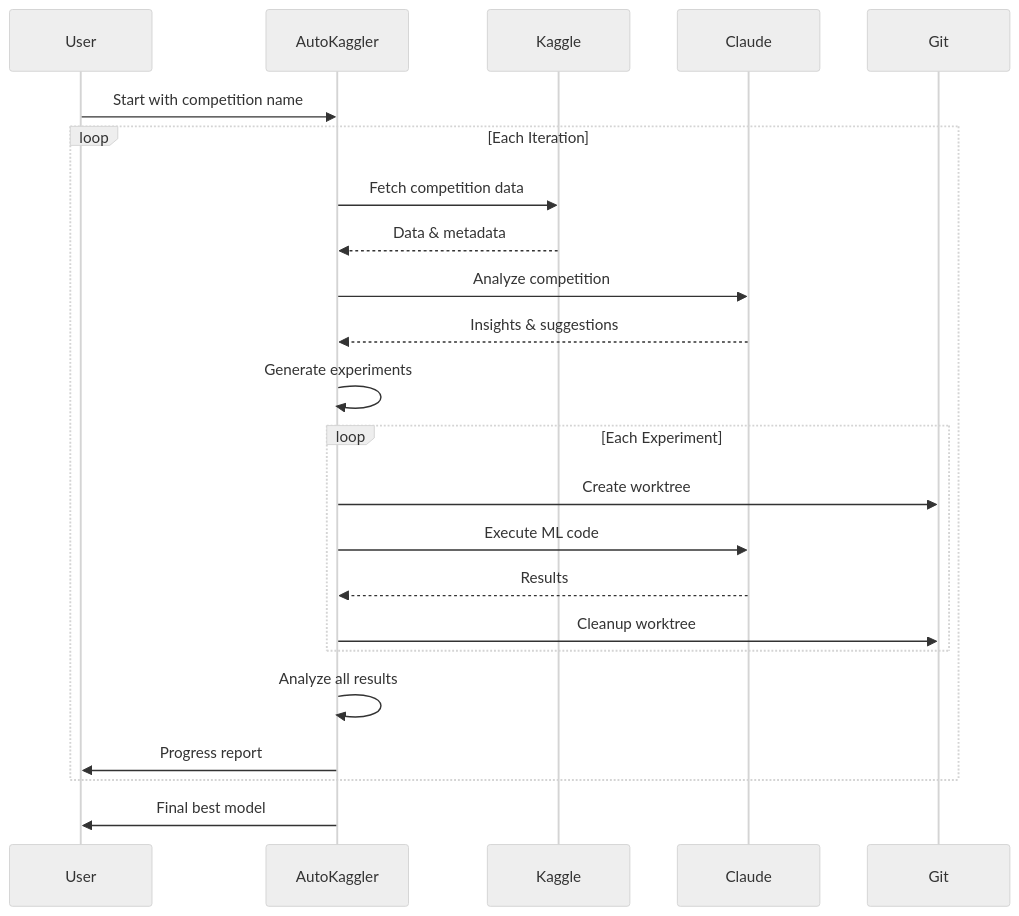
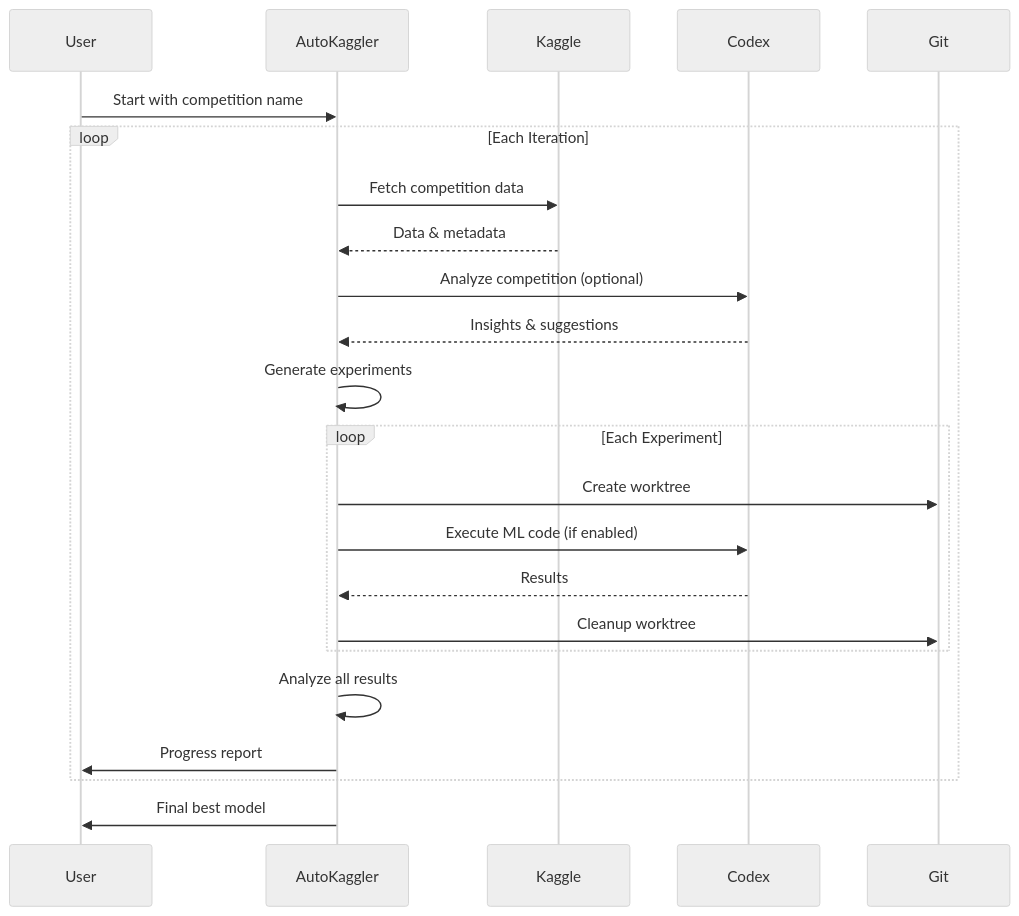
One commit to harutasti/kaggle_automation changed the third of 5 diagrams in docs/architecture/QUICK_FLOW_OVERVIEW.md. Above: the diagram before and after it, drawn with Mermaid (neutral theme). The commit also changed other lines of this file and 27 other files, not shown here.

Commit message:
chore: switch to WAA naming and drop Claude Code

````diff
--- a/docs/architecture/QUICK_FLOW_OVERVIEW.md
+++ b/docs/architecture/QUICK_FLOW_OVERVIEW.md
@@ -61,32 +61,32 @@
 ```mermaid
 sequenceDiagram
     participant User
     participant AutoKaggler
     participant Kaggle
-    participant Claude
+    participant Codex
     participant Git
     
     User->>AutoKaggler: Start with competition name
     
     loop Each Iteration
         AutoKaggler->>Kaggle: Fetch competition data
         Kaggle-->>AutoKaggler: Data & metadata
         
-        AutoKaggler->>Claude: Analyze competition
-        Claude-->>AutoKaggler: Insights & suggestions
+        AutoKaggler->>Codex: Analyze competition (optional)
+        Codex-->>AutoKaggler: Insights & suggestions
         
         AutoKaggler->>AutoKaggler: Generate experiments
         
         loop Each Experiment
             AutoKaggler->>Git: Create worktree
-            AutoKaggler->>Claude: Execute ML code
-            Claude-->>AutoKaggler: Results
+            AutoKaggler->>Codex: Execute ML code (if enabled)
+            Codex-->>AutoKaggler: Results
             AutoKaggler->>Git: Cleanup worktree
         end
         
         AutoKaggler->>AutoKaggler: Analyze all results
         AutoKaggler->>User: Progress report
     end
     
     AutoKaggler->>User: Final best model
 ```
````
